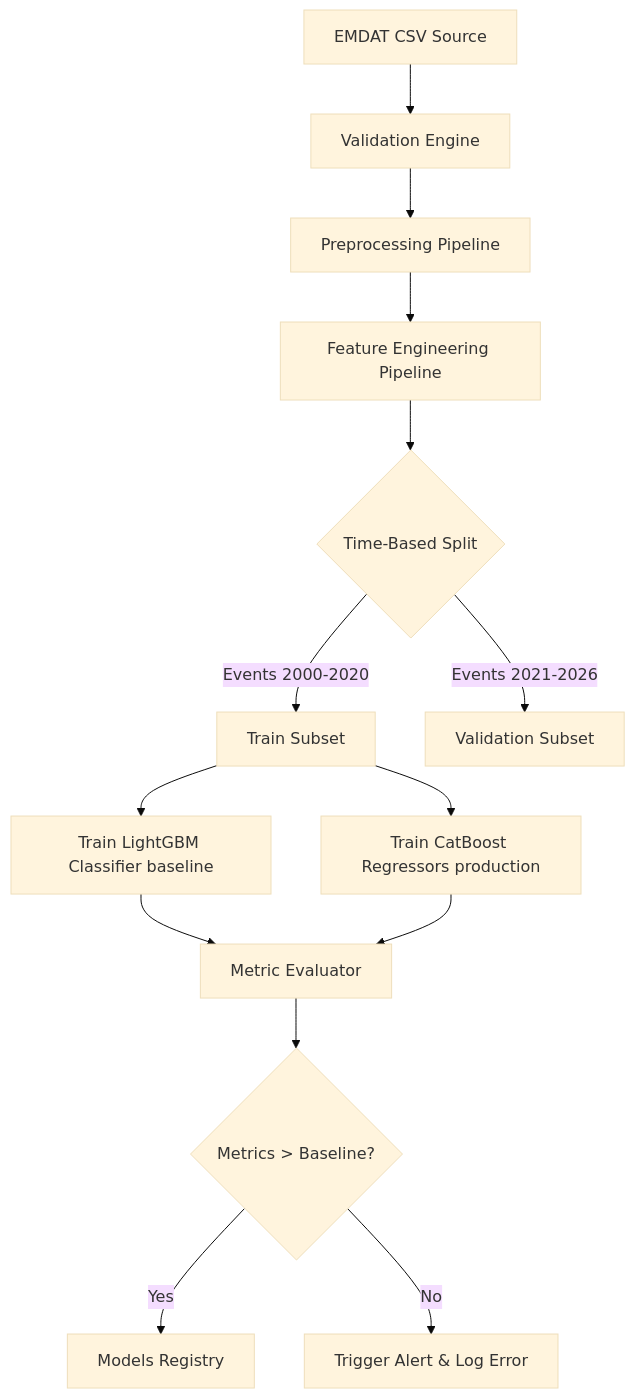
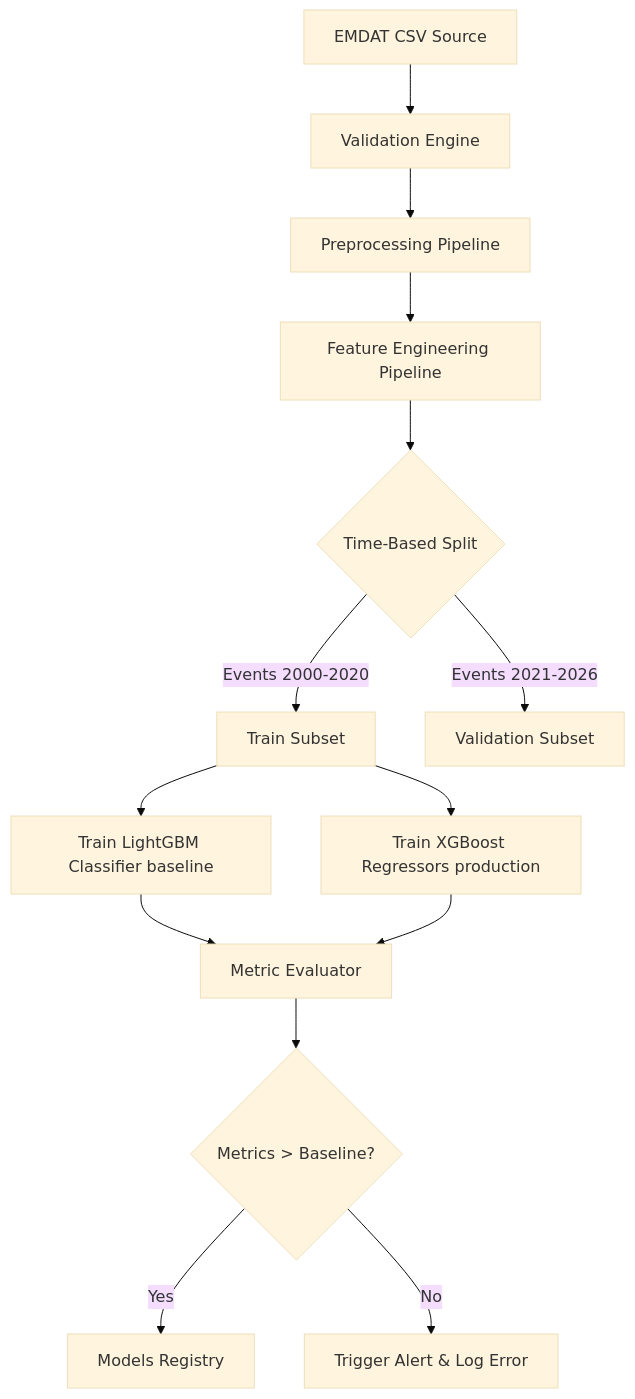
The fifth of 5 diagrams in docs/ML_DESIGN.md (ahana4banerjee/AI-Disaster-Orchastrator), drawn with Mermaid (base theme) before and after one commit. The commit also changed other lines of this file and 10 other files, not shown here.

Commit message:
feat: implement ML prediction service and switch from CatBoost to XGBoost regressors

````diff
--- a/docs/ML_DESIGN.md
+++ b/docs/ML_DESIGN.md
@@ -449,20 +449,20 @@
 ```mermaid
 graph TD
     Data[EMDAT CSV Source] --> Valid[Validation Engine]
     Valid --> Prep[Preprocessing Pipeline]
     Prep --> FE[Feature Engineering Pipeline]
     FE --> Split{Time-Based Split}
     
     Split -->|Events 2000-2020| Train[Train Subset]
     Split -->|Events 2021-2026| Val[Validation Subset]
     
     Train --> TrainLGBM[Train LightGBM Classifier baseline]
-    Train --> TrainCatBoost[Train CatBoost Regressors production]
+    Train --> TrainXGBoost[Train XGBoost Regressors production]
     
     TrainLGBM --> Eval[Metric Evaluator]
-    TrainCatBoost --> Eval
+    TrainXGBoost --> Eval
     
     Eval --> Check{Metrics > Baseline?}
     Check -->|Yes| Registry[Models Registry]
     Check -->|No| Alert[Trigger Alert & Log Error]
 ```
````
